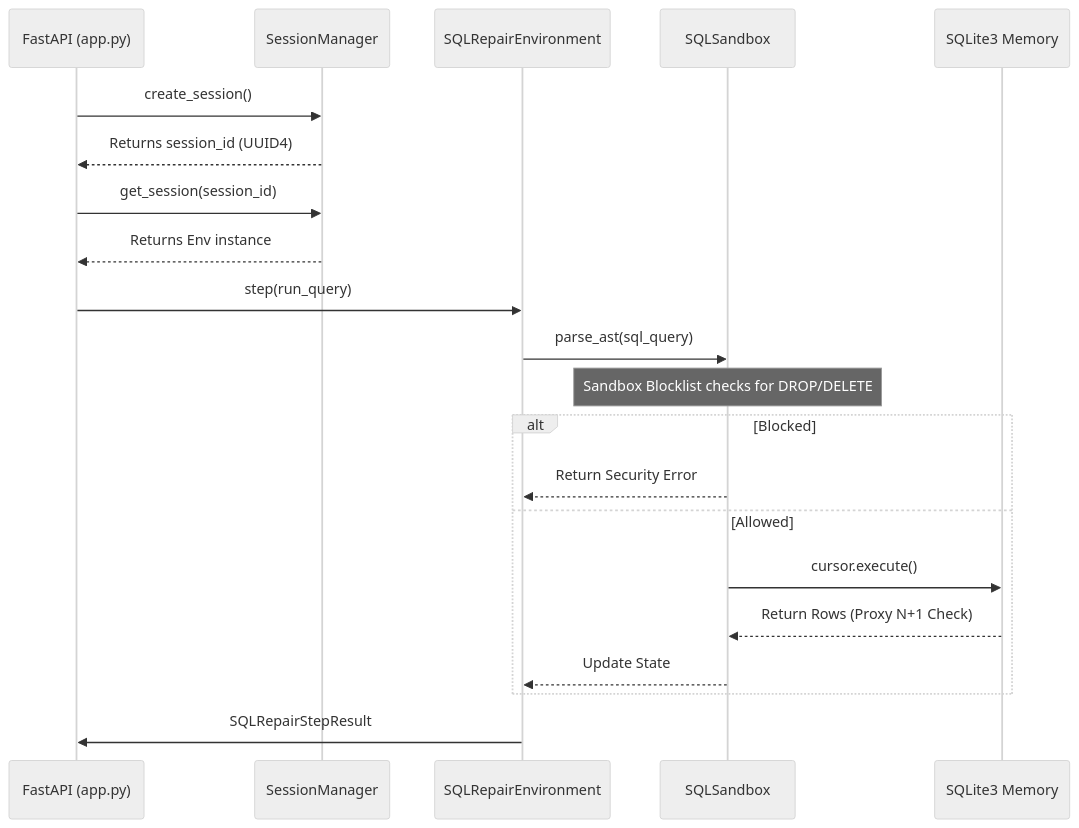
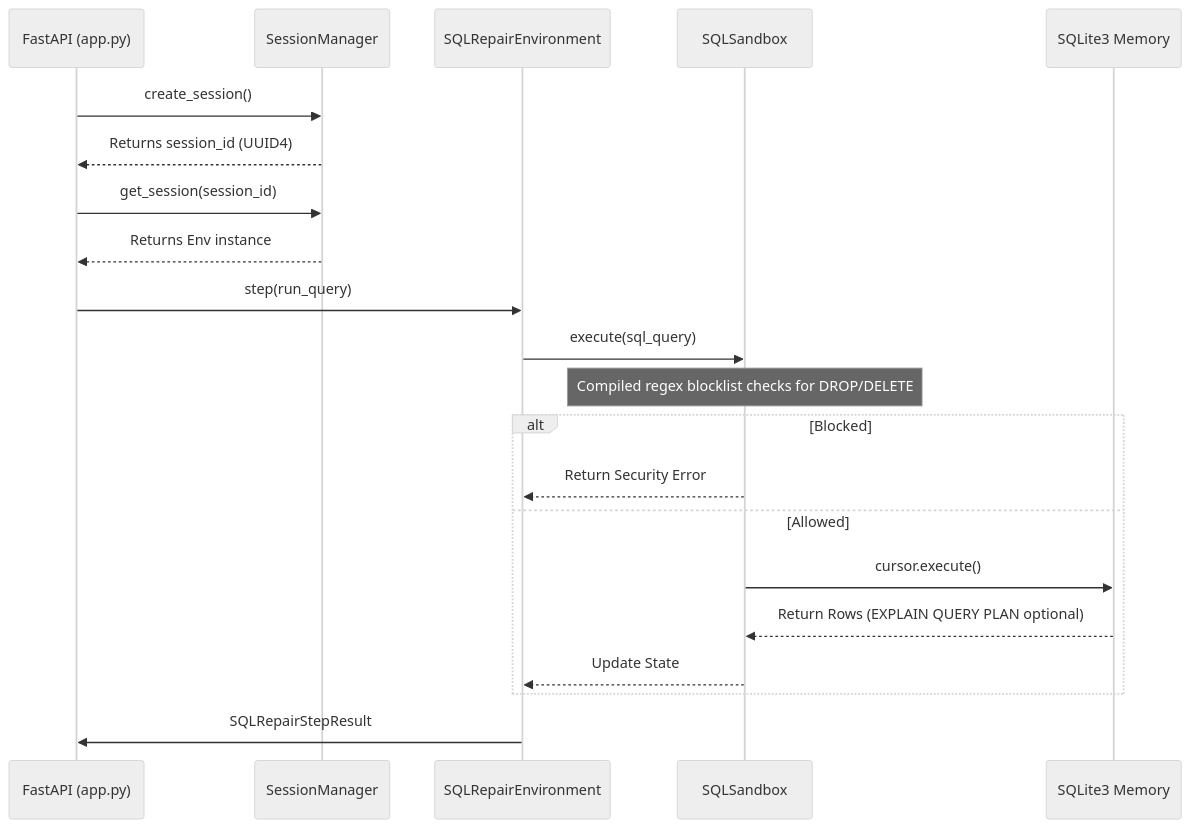
One commit to nithinknkr/openenv-sql-repair changed the second of 2 diagrams in SYSTEM_DESIGN.md. Above: the diagram before and after it, drawn with Mermaid (neutral theme). The commit also changed other lines of this file and 6 other files, not shown here.

````diff
--- a/SYSTEM_DESIGN.md
+++ b/SYSTEM_DESIGN.md
@@ -55,28 +55,28 @@
 ```mermaid
 sequenceDiagram
     participant API as FastAPI (app.py)
     participant SM as SessionManager
     participant Env as SQLRepairEnvironment
     participant SB as SQLSandbox
     participant DB as SQLite3 Memory
 
     API->>SM: create_session()
     SM-->>API: Returns session_id (UUID4)
     
     API->>SM: get_session(session_id)
     SM-->>API: Returns Env instance
     
     API->>Env: step(run_query)
     
-    Env->>SB: parse_ast(sql_query)
-    Note over SB: Sandbox Blocklist checks for DROP/DELETE
+    Env->>SB: execute(sql_query)
+    Note over SB: Compiled regex blocklist checks for DROP/DELETE
     alt Blocked
         SB-->>Env: Return Security Error
     else Allowed
         SB->>DB: cursor.execute()
-        DB-->>SB: Return Rows (Proxy N+1 Check)
+        DB-->>SB: Return Rows (EXPLAIN QUERY PLAN optional)
         SB-->>Env: Update State
     end
     
     Env->>API: SQLRepairStepResult
 ```
````
